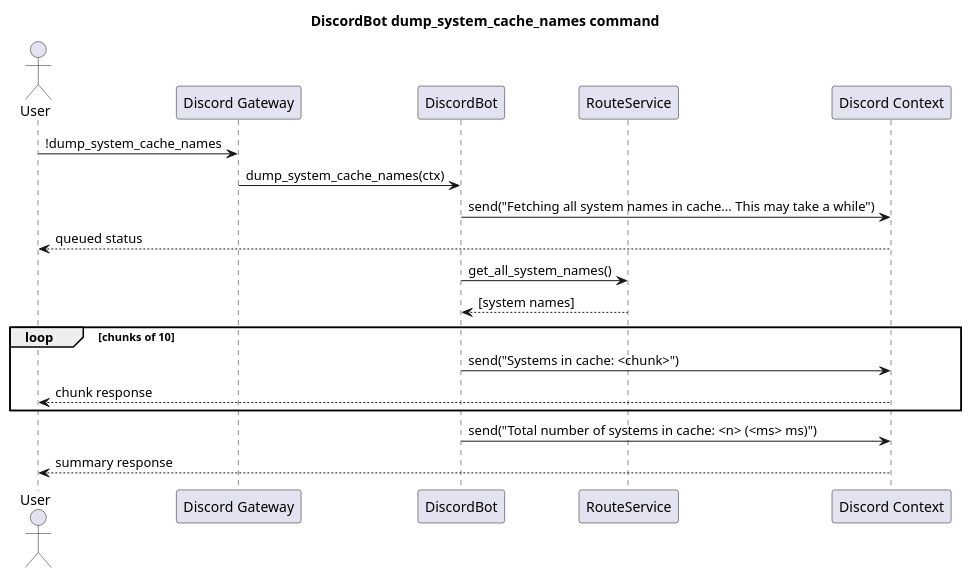
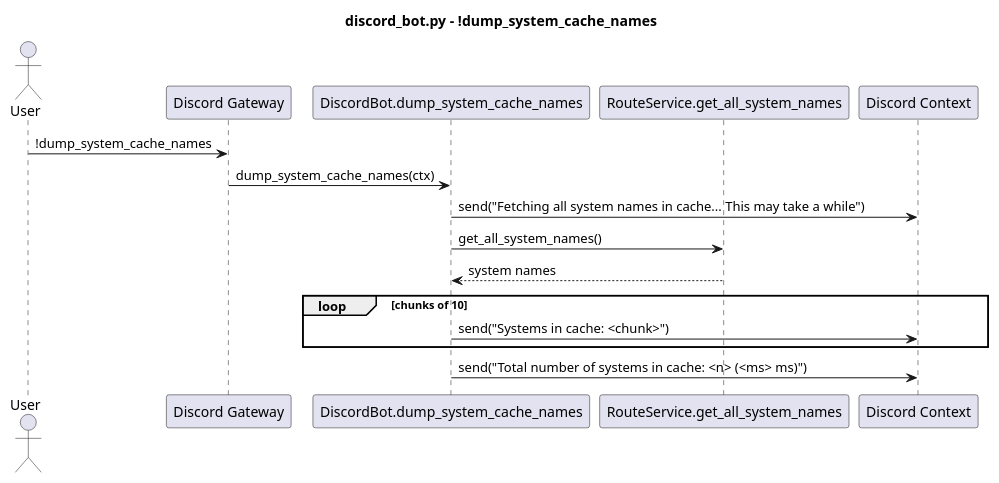
The fifth of 7 diagrams in docs/discord_bot_sequences.puml (fazleskhan/elite_dangerous_discord_tools), drawn with PlantUML before and after one commit. The commit also changed other lines of this file and 23 other files, not shown here.

Commit message:
updated README.md and diagrams

```diff
--- a/docs/discord_bot_sequences.puml
+++ b/docs/discord_bot_sequences.puml
@@ -86,22 +83,19 @@
 @startuml discord_bot_dump_system_cache_names
-title DiscordBot dump_system_cache_names command
+title discord_bot.py - !dump_system_cache_names
+
 actor User
-participant "Discord Gateway" as Discord
-participant "DiscordBot" as Bot
-participant "RouteService" as Route
+participant "Discord Gateway" as Gateway
+participant "DiscordBot.dump_system_cache_names" as Bot
+participant "RouteService.get_all_system_names" as Route
 participant "Discord Context" as Ctx
 
-User -> Discord : !dump_system_cache_names
-Discord -> Bot : dump_system_cache_names(ctx)
+User -> Gateway : !dump_system_cache_names
+Gateway -> Bot : dump_system_cache_names(ctx)
 Bot -> Ctx : send("Fetching all system names in cache... This may take a while")
-Ctx --> User : queued status
-
 Bot -> Route : get_all_system_names()
-Route --> Bot : [system names]
+Route --> Bot : system names
 loop chunks of 10
   Bot -> Ctx : send("Systems in cache: <chunk>")
-  Ctx --> User : chunk response
 end
 Bot -> Ctx : send("Total number of systems in cache: <n> (<ms> ms)")
-Ctx --> User : summary response
 @enduml
```
